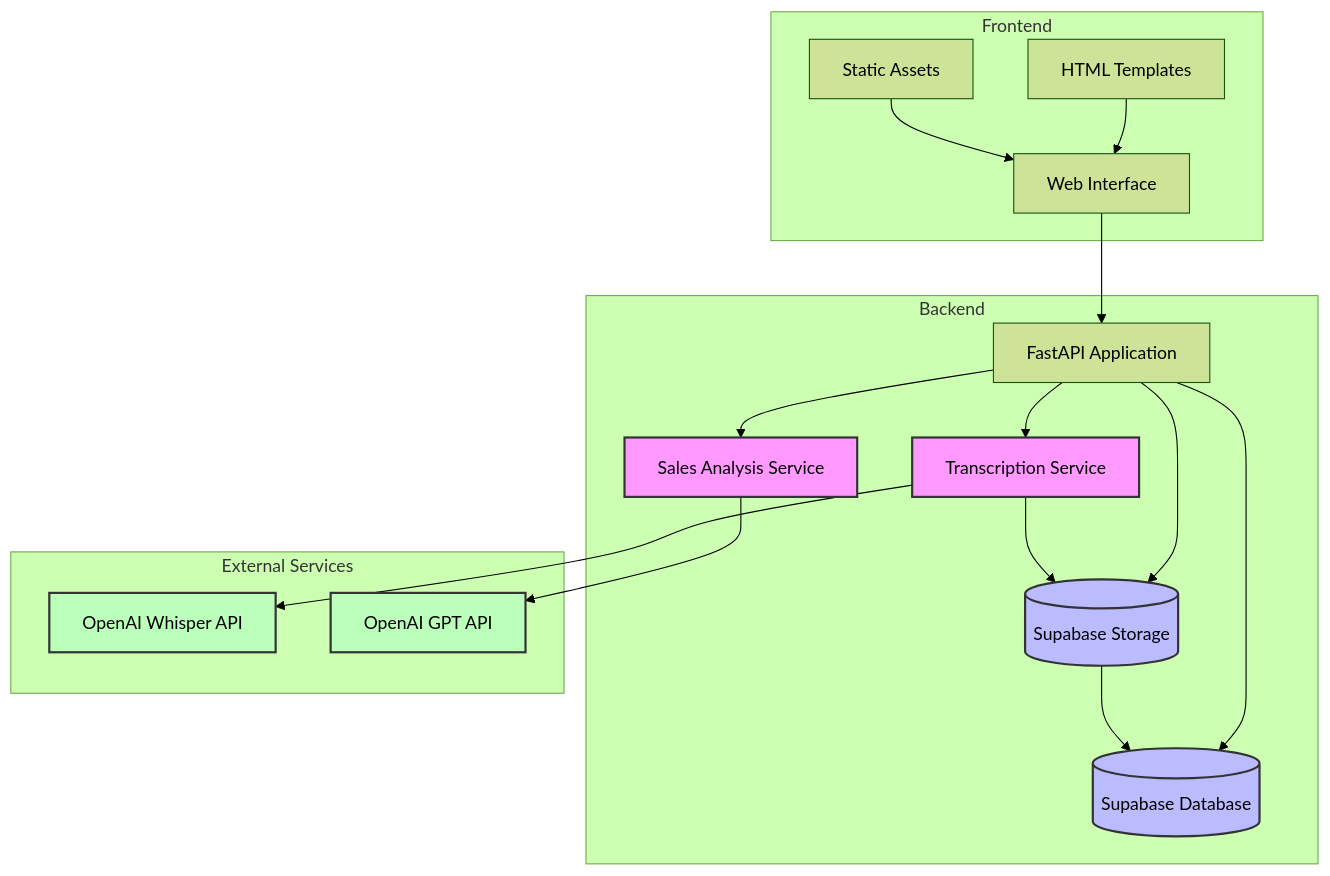
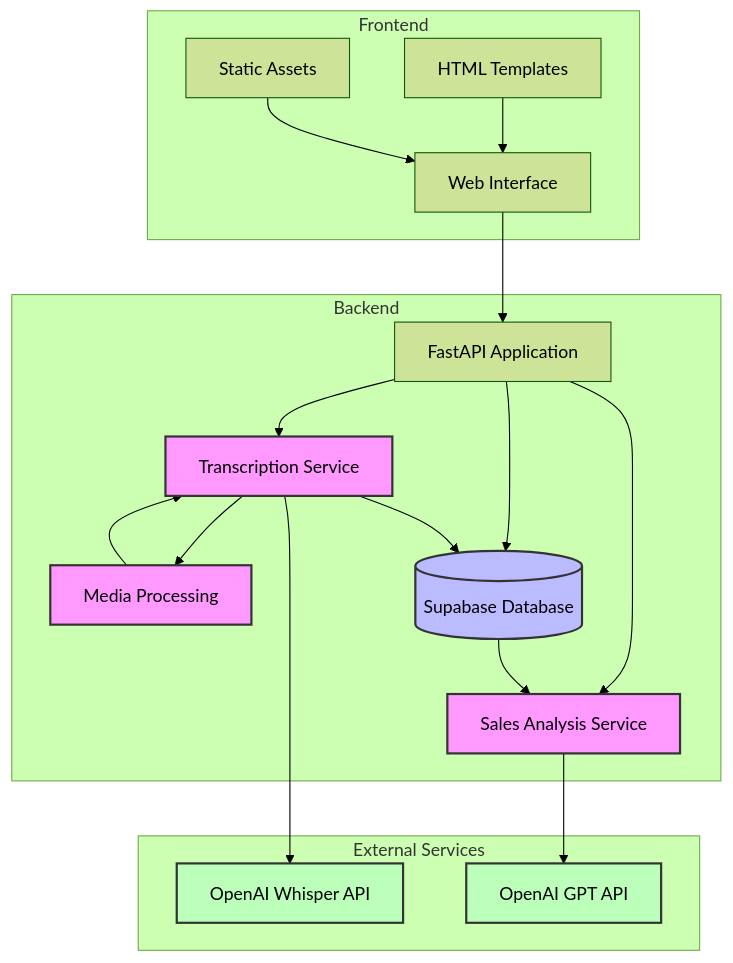
Before and after one commit to lucianareynaud/sales-ai: the diagram in README.md, drawn with Mermaid (forest theme). The commit also changed other lines of this file, not shown here.

````diff
--- a/README.md
+++ b/README.md
@@ -48,43 +54,45 @@
 ```mermaid
 graph TB
     subgraph Frontend
         UI[Web Interface]
         Templates[HTML Templates]
         Static[Static Assets]
     end
 
     subgraph Backend
         API[FastAPI Application]
         Transcribe[Transcription Service]
+        Media[Media Processing]
         Analysis[Sales Analysis Service]
         DB[(Supabase Database)]
-        Storage[(Supabase Storage)]
     end
 
     subgraph External Services
         Whisper[OpenAI Whisper API]
         GPT[OpenAI GPT API]
     end
 
     UI --> API
     Templates --> UI
     Static --> UI
     
     API --> Transcribe
     API --> Analysis
     API --> DB
-    API --> Storage
     
+    Transcribe --> Media
     Transcribe --> Whisper
+    Media --> Transcribe
     Analysis --> GPT
-    Transcribe --> Storage
-    Storage --> DB
+    
+    DB --> Analysis
+    Transcribe --> DB
 
     classDef service fill:#f9f,stroke:#333,stroke-width:2px
     classDef database fill:#bbf,stroke:#333,stroke-width:2px
     classDef external fill:#bfb,stroke:#333,stroke-width:2px
     
-    class Transcribe,Analysis service
-    class DB,Storage database
+    class Transcribe,Analysis,Media service
+    class DB database
     class Whisper,GPT external
 ```
````
